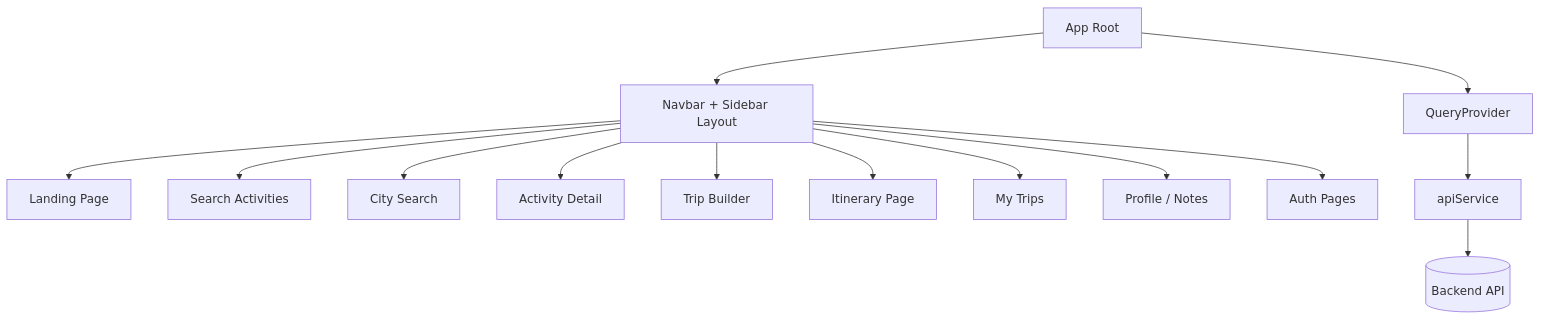
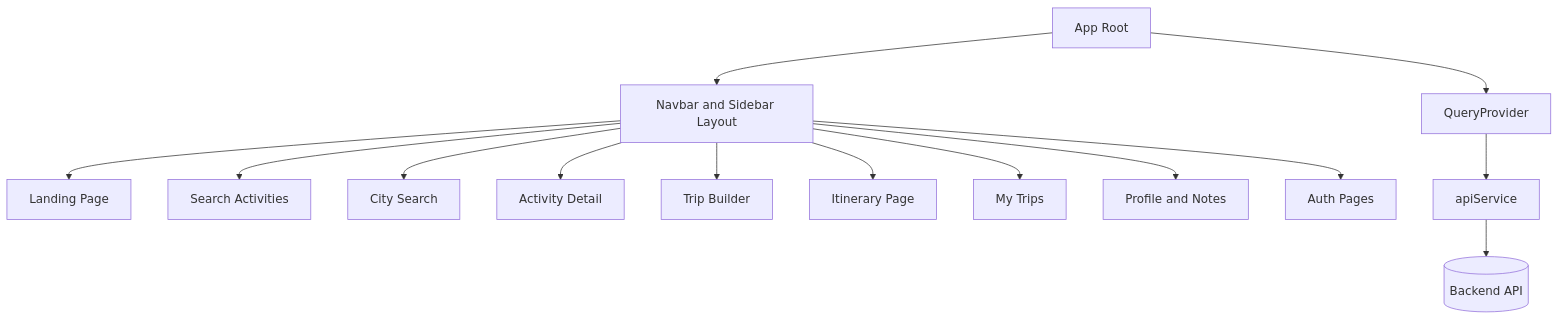
Before and after one commit to Yugenjr/OdooxKAHE: the fourth of 13 diagrams in docs/architecture.md, drawn with Mermaid. The commit also changed other lines of this file and 8 other files, not shown here.

````diff
--- a/docs/architecture.md
+++ b/docs/architecture.md
@@ -9,20 +169,20 @@
 ```mermaid
 graph TD
   App[App Root]
 
   App --> Providers[QueryProvider]
-  App --> Layout[Navbar + Sidebar Layout]
+  App --> Layout[Navbar and Sidebar Layout]
 
   Layout --> Landing[Landing Page]
   Layout --> Search[Search Activities]
   Layout --> CitySearch[City Search]
   Layout --> ActivityDetail[Activity Detail]
   Layout --> TripBuilder[Trip Builder]
   Layout --> Itinerary[Itinerary Page]
   Layout --> MyTrips[My Trips]
-  Layout --> Profile[Profile / Notes]
+  Layout --> Profile[Profile and Notes]
   Layout --> Auth[Auth Pages]
 
   Providers --> API[apiService]
   API --> Backend[(Backend API)]
 ```
````
